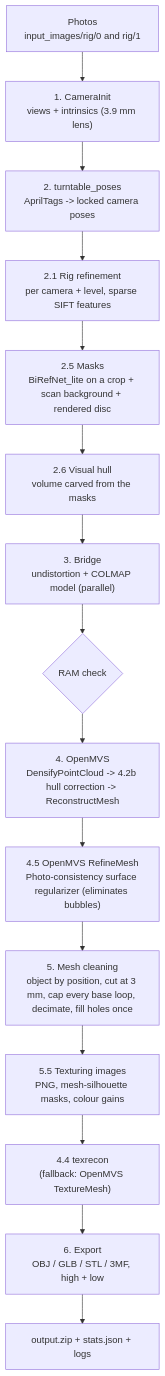
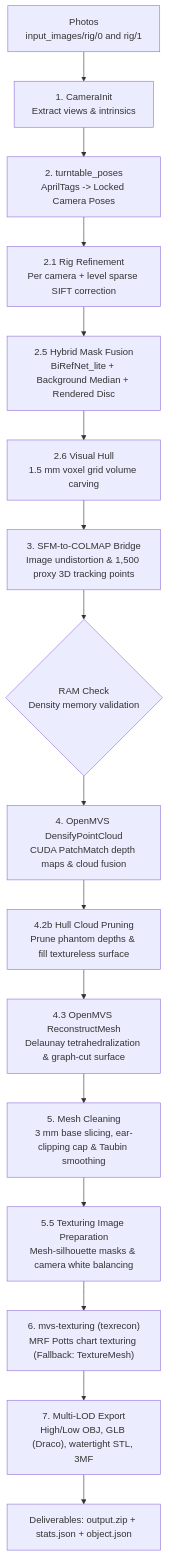
Before and after one commit to AlinC10/photogrammetry_pipeline: the diagram in README.md, drawn with Mermaid. The commit also changed other lines of this file and 4 other files, not shown here.

````diff
--- a/README.md
+++ b/README.md
@@ -17,17 +57,18 @@
 ```mermaid
 flowchart TD
-    A["Photos<br/>input_images/rig/0 and rig/1"] --> B["1. CameraInit<br/>views + intrinsics (3.9 mm lens)"]
-    B --> C["2. turntable_poses<br/>AprilTags -> locked camera poses"]
-    C --> RR["2.1 Rig refinement<br/>per camera + level, sparse SIFT features"]
-    RR --> D["2.5 Masks<br/>BiRefNet_lite on a crop + scan background + rendered disc"]
-    D --> V["2.6 Visual hull<br/>volume carved from the masks"]
-    V --> E["3. Bridge<br/>undistortion + COLMAP model (parallel)"]
-    E --> R{"RAM check"}
-    R --> F["4. OpenMVS<br/>DensifyPointCloud -> 4.2b hull correction -> ReconstructMesh"]
-    F --> RF["4.5 OpenMVS RefineMesh<br/>Photo-consistency surface regularizer (eliminates bubbles)"]
-    RF --> G["5. Mesh cleaning<br/>object by position, cut at 3 mm, cap every base loop, decimate, fill holes once"]
-    G --> H["5.5 Texturing images<br/>PNG, mesh-silhouette masks, colour gains"]
-    H --> T["4.4 texrecon<br/>(fallback: OpenMVS TextureMesh)"]
-    T --> X["6. Export<br/>OBJ / GLB / STL / 3MF, high + low"]
-    X --> Z["output.zip + stats.json + logs"]
+    A["Photos<br/>input_images/rig/0 and rig/1"] --> B["1. CameraInit<br/>Extract views & intrinsics"]
+    B --> C["2. turntable_poses<br/>AprilTags -> Locked Camera Poses"]
+    C --> RR["2.1 Rig Refinement<br/>Per camera + level sparse SIFT correction"]
+    RR --> D["2.5 Hybrid Mask Fusion<br/>BiRefNet_lite + Background Median + Rendered Disc"]
+    D --> V["2.6 Visual Hull<br/>1.5 mm voxel grid volume carving"]
+    V --> E["3. SFM-to-COLMAP Bridge<br/>Image undistortion & 1,500 proxy 3D tracking points"]
+    E --> R{"RAM Check<br/>Density memory validation"}
+    R --> F["4. OpenMVS DensifyPointCloud<br/>CUDA PatchMatch depth maps & cloud fusion"]
+    F --> HC["4.2b Hull Cloud Pruning<br/>Prune phantom depths & fill textureless surface"]
+    HC --> RM["4.3 OpenMVS ReconstructMesh<br/>Delaunay tetrahedralization & graph-cut surface"]
+    RM --> G["5. Mesh Cleaning<br/>3 mm base slicing, ear-clipping cap & Taubin smoothing"]
+    G --> H["5.5 Texturing Image Preparation<br/>Mesh-silhouette masks & camera white balancing"]
+    H --> T["6. mvs-texturing (texrecon)<br/>MRF Potts chart texturing (Fallback: TextureMesh)"]
+    T --> X["7. Multi-LOD Export<br/>High/Low OBJ, GLB (Draco), watertight STL, 3MF"]
+    X --> Z["Deliverables: output.zip + stats.json + object.json"]
 ```
````
